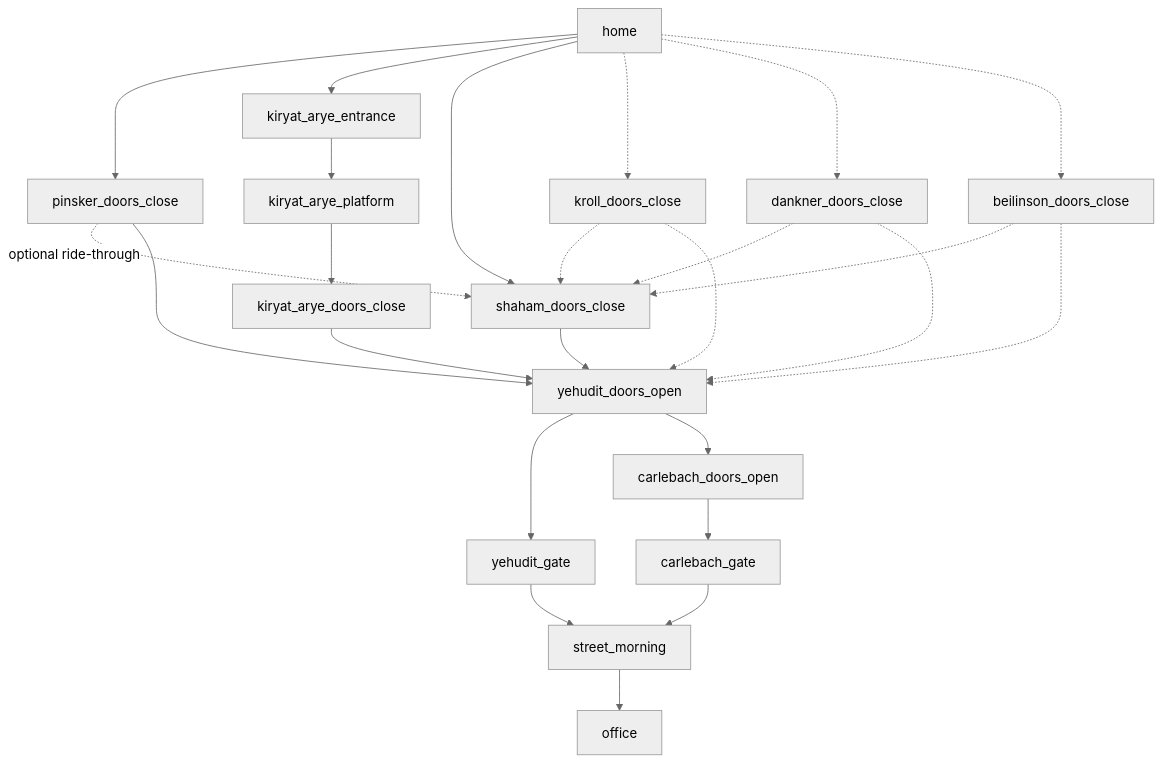
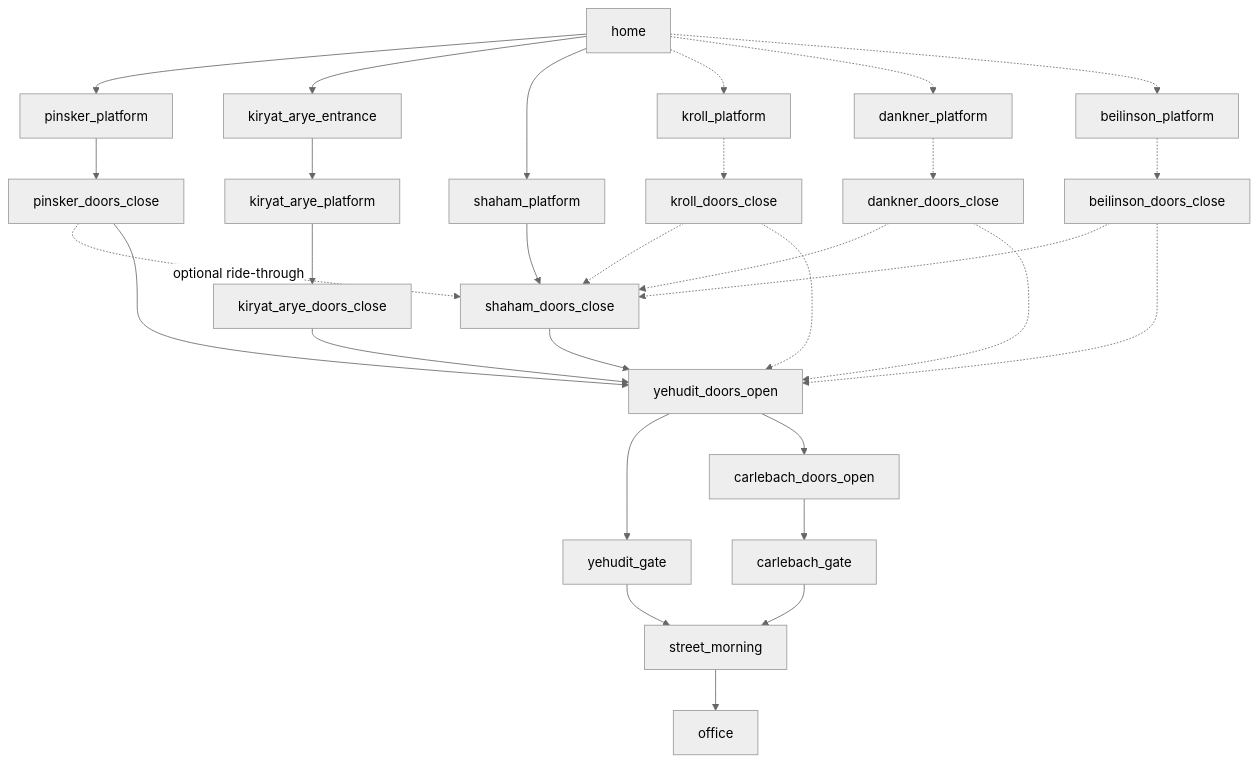
One commit to Voskov/path-race changed the first of 2 diagrams in SPEC.md. Above: the diagram before and after it, drawn with Mermaid (neutral theme). The commit also changed other lines of this file and 5 other files, not shown here.

````diff
--- a/SPEC.md
+++ b/SPEC.md
@@ -58,27 +58,32 @@
 ```mermaid
 flowchart TD
-    H[home] --> PDC[pinsker_doors_close]
+    H[home] --> PP[pinsker_platform]
     H --> KAE[kiryat_arye_entrance]
-    H --> SDC[shaham_doors_close]
-    H -.-> KRDC[kroll_doors_close]
-    H -.-> DDC[dankner_doors_close]
-    H -.-> BDC[beilinson_doors_close]
+    H --> SP[shaham_platform]
+    H -.-> KRP[kroll_platform]
+    H -.-> DP[dankner_platform]
+    H -.-> BP[beilinson_platform]
+    PP --> PDC[pinsker_doors_close]
+    KRP -.-> KRDC[kroll_doors_close]
+    DP -.-> DDC[dankner_doors_close]
+    BP -.-> BDC[beilinson_doors_close]
+    SP --> SDC[shaham_doors_close]
     KAE --> KAP[kiryat_arye_platform]
     KAP --> KDC[kiryat_arye_doors_close]
     PDC -.->|optional ride-through| SDC
     KRDC -.-> SDC
     DDC -.-> SDC
     BDC -.-> SDC
     SDC --> YDO[yehudit_doors_open]
     PDC --> YDO
     KRDC -.-> YDO
     DDC -.-> YDO
     BDC -.-> YDO
     KDC --> YDO
     YDO --> YG[yehudit_gate]
     YDO --> CDO[carlebach_doors_open]
     YG --> ST_M[street_morning]
     CDO --> CG[carlebach_gate]
     CG --> ST_M
     ST_M --> OF[office]
 ```
````
